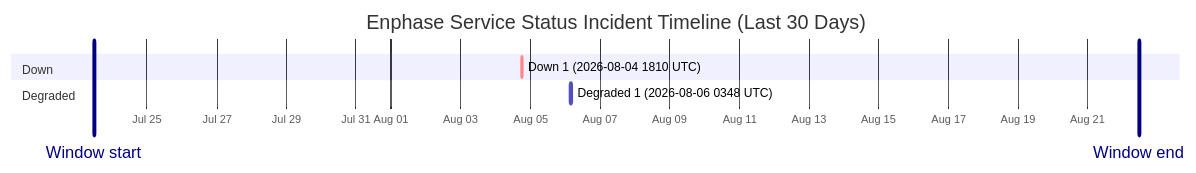
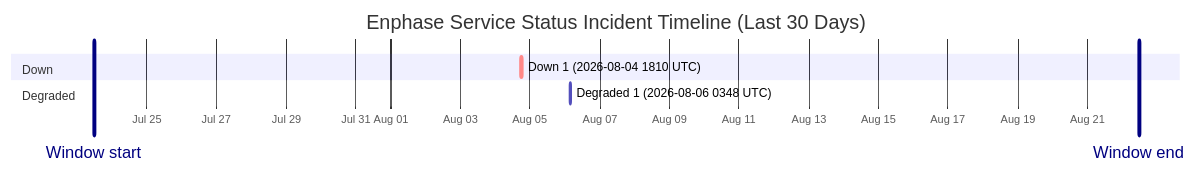
The diagram in wiki/Service-Status-History.md (barneyonline/ha-enphase-energy), drawn with Mermaid before and after one commit. The commit also changed other lines of this file and 3 other files, not shown here.

````diff
--- a/wiki/Service-Status-History.md
+++ b/wiki/Service-Status-History.md
@@ -14,12 +14,12 @@
 ```mermaid
 gantt
     title Enphase Service Status Incident Timeline (Last 30 Days)
     dateFormat  YYYY-MM-DDTHH:mm:ss
     axisFormat  %b %d
-    Window start :vert, window-start, 2026-07-23T11:18:28, 0ms
-    Window end :vert, window-end, 2026-08-22T11:18:28, 0ms
+    Window start :vert, window-start, 2026-07-23T11:44:49, 0ms
+    Window end :vert, window-end, 2026-08-22T11:44:49, 0ms
     section Down
     Down 1 (2026-08-04 1810 UTC) :crit, down-1, 2026-08-04T18:10:46, 60m
     section Degraded
     Degraded 1 (2026-08-06 0348 UTC) :active, degraded-1, 2026-08-06T03:48:14, 60m
 ```
````
